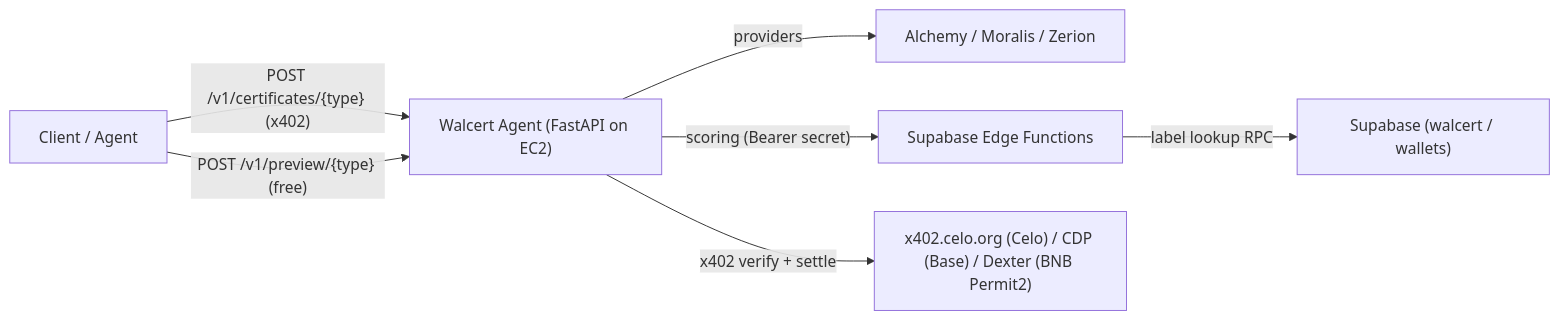
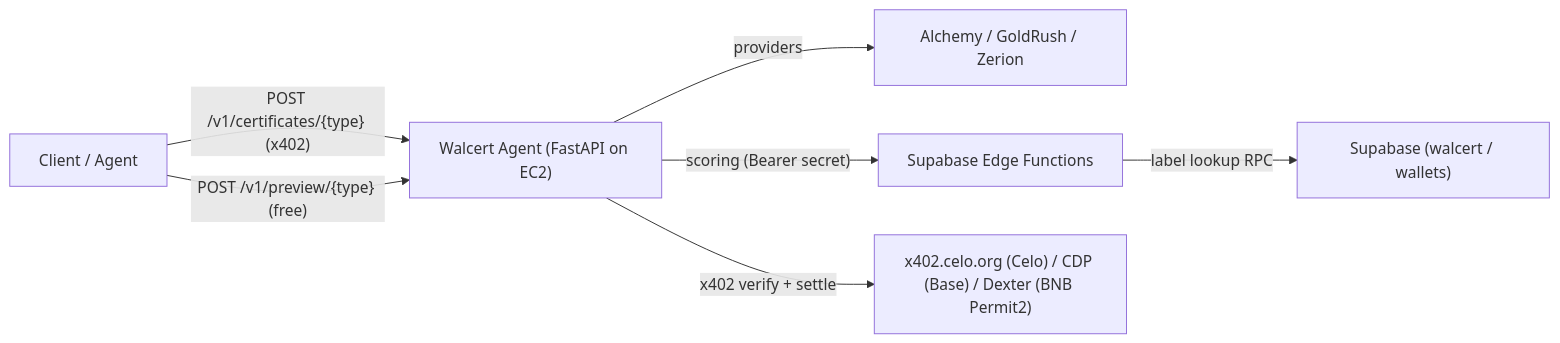
One commit to GlobalScoreAgent/walcert-agent changed the diagram in README.md. Above: the diagram before and after it, drawn with Mermaid. The commit also changed other lines of this file and 2 other files, not shown here.

````diff
--- a/README.md
+++ b/README.md
@@ -40,9 +40,9 @@
 ```mermaid
 flowchart LR
   Client["Client / Agent"] -->|"POST /v1/certificates/{type} (x402)"| Agent["Walcert Agent (FastAPI on EC2)"]
   Client -->|"POST /v1/preview/{type} (free)"| Agent
-  Agent -->|"providers"| Providers["Alchemy / Moralis / Zerion"]
+  Agent -->|"providers"| Providers["Alchemy / GoldRush / Zerion"]
   Agent -->|"scoring (Bearer secret)"| Edge["Supabase Edge Functions"]
   Edge -->|"label lookup RPC"| DB["Supabase (walcert / wallets)"]
   Agent -->|"x402 verify + settle"| Facilitator["x402.celo.org (Celo) / CDP (Base) / Dexter (BNB Permit2)"]
 ```
````
